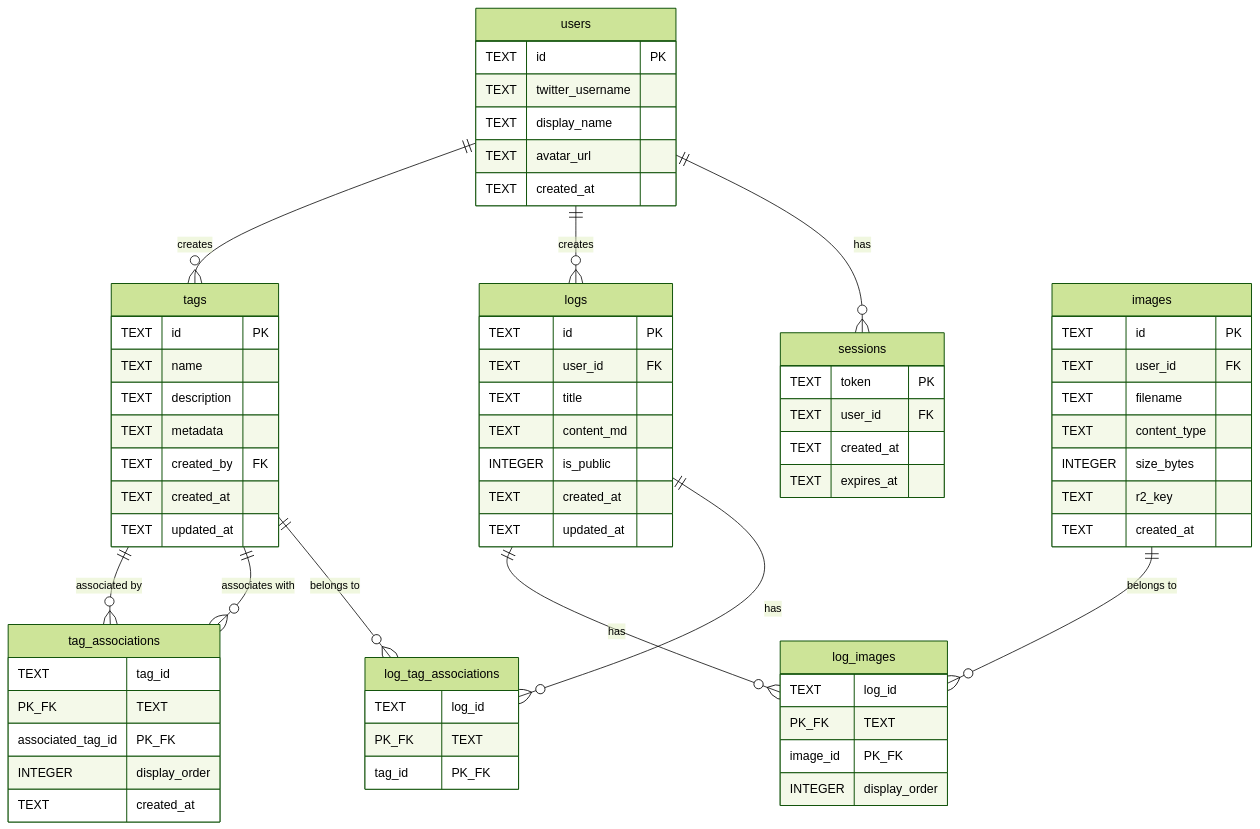
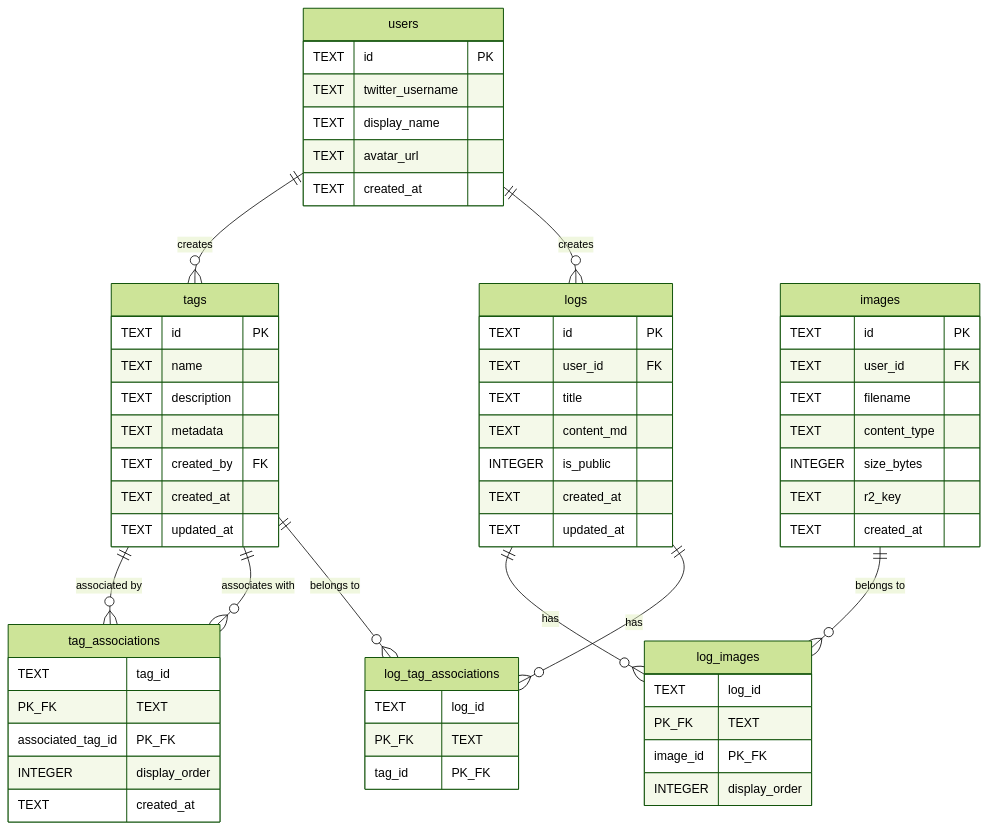
Before and after one commit to 7474/shumilog: the fourth of 8 diagrams in docs/architecture.md, drawn with Mermaid (forest theme). The commit also changed other lines of this file, not shown here.

Commit message:
Update architecture documentation for KV-based sessions

````diff
--- a/docs/architecture.md
+++ b/docs/architecture.md
@@ -220,75 +227,67 @@
 ```mermaid
 erDiagram
-    users ||--o{ sessions : "has"
     users ||--o{ logs : "creates"
     users ||--o{ tags : "creates"
     logs ||--o{ log_tag_associations : "has"
     tags ||--o{ log_tag_associations : "belongs to"
     tags ||--o{ tag_associations : "associates with"
     tags ||--o{ tag_associations : "associated by"
     logs ||--o{ log_images : "has"
     images ||--o{ log_images : "belongs to"
     
     users {
         TEXT id PK
         TEXT twitter_username
         TEXT display_name
         TEXT avatar_url
         TEXT created_at
-    }
-    
-    sessions {
-        TEXT token PK
-        TEXT user_id FK
-        TEXT created_at
-        TEXT expires_at
     }
     
     logs {
         TEXT id PK
         TEXT user_id FK
         TEXT title
         TEXT content_md
         INTEGER is_public
         TEXT created_at
         TEXT updated_at
     }
     
     tags {
         TEXT id PK
         TEXT name
         TEXT description
         TEXT metadata
         TEXT created_by FK
         TEXT created_at
         TEXT updated_at
     }
     
     log_tag_associations {
         TEXT log_id PK_FK
         TEXT tag_id PK_FK
     }
     
     tag_associations {
         TEXT tag_id PK_FK
         TEXT associated_tag_id PK_FK
         INTEGER display_order
         TEXT created_at
     }
     
     images {
         TEXT id PK
         TEXT user_id FK
         TEXT filename
         TEXT content_type
         INTEGER size_bytes
         TEXT r2_key
         TEXT created_at
     }
     
     log_images {
         TEXT log_id PK_FK
         TEXT image_id PK_FK
         INTEGER display_order
     }
 ```
````
